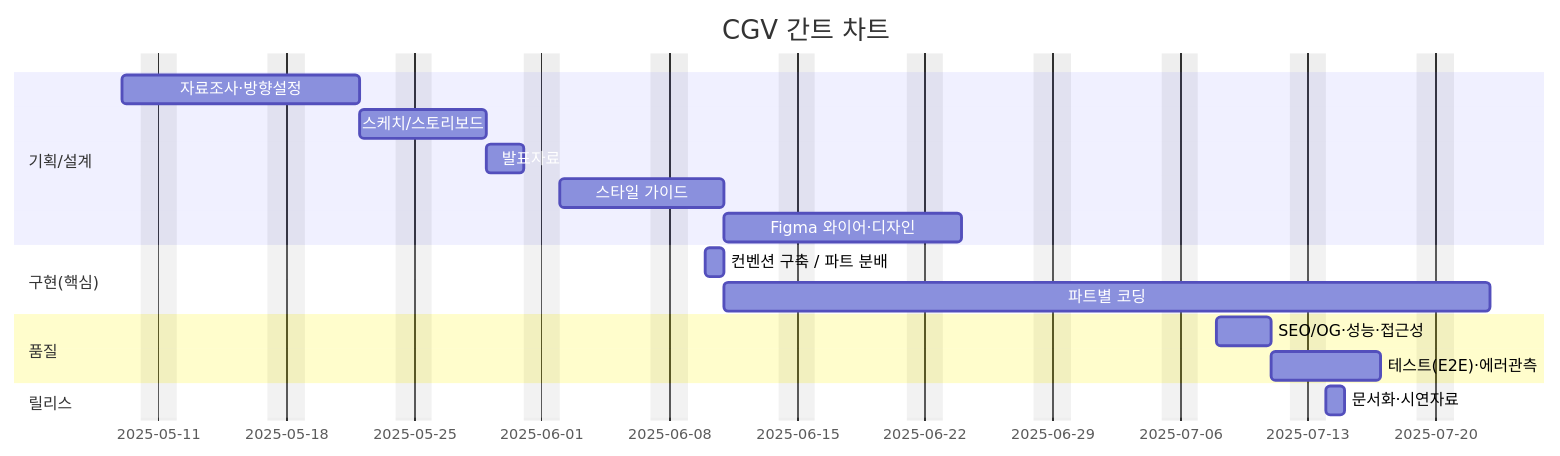
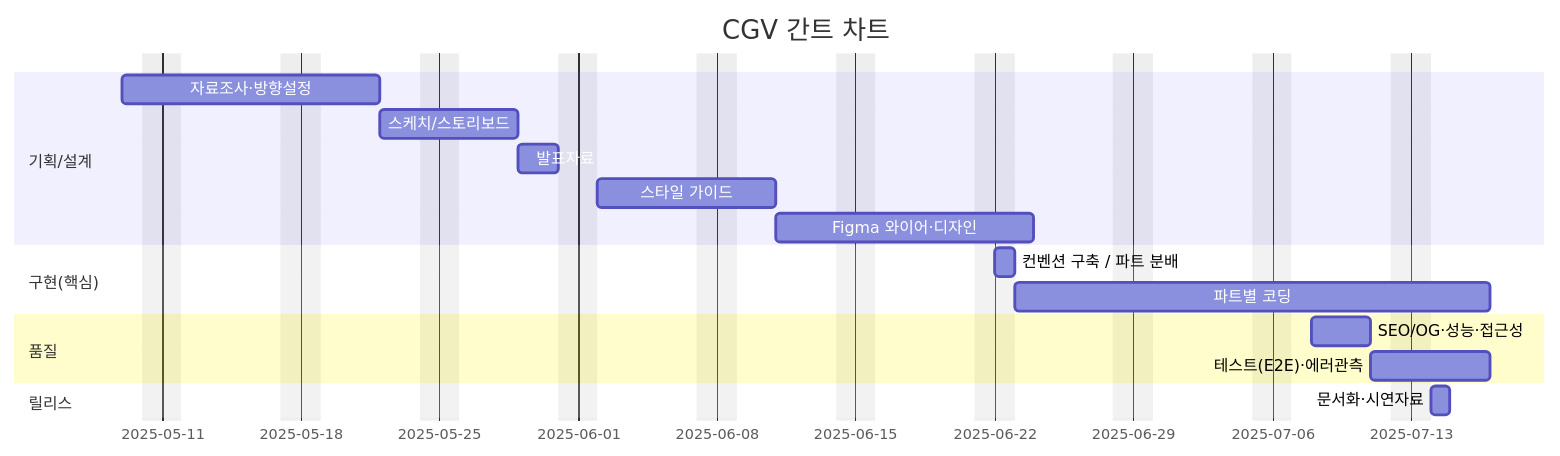
The diagram in README.md (yeonmi0818/Renewal_project_Cgv-main), drawn with Mermaid before and after one commit.

````diff
--- a/README.md
+++ b/README.md
@@ -136,27 +136,27 @@
 ```mermaid
 gantt
     title CGV 간트 차트
     dateFormat  YYYY-MM-DD
     excludes    weekends
 
 
     section 기획/설계
     자료조사·방향설정           :a1, 2025-05-09, 9d
     스케치/스토리보드           :a2, after a1, 5d
     발표자료                   :a3, after a2, 2d
     스타일 가이드              :a4, after a3, 7d
     Figma 와이어·디자인        :a5, after a4, 9d
 
 
     section 구현(핵심)
-    컨벤션 구축 / 파트 분배     :b1, 2025-06-10, 1d
-    파트별 코딩           :b2, after b1, 30d
+    컨벤션 구축 / 파트 분배     :b1, 2025-06-22, 1d
+    파트별 코딩           :b2, after b1, 18d
 
 
     section 품질
     SEO/OG·성능·접근성         :c1, 2025-07-8, 3d
     테스트(E2E)·에러관측       :c2, after c1, 4d
 
     section 릴리스
     문서화·시연자료 :d1, 2025-07-14, 1d
 ```
````
